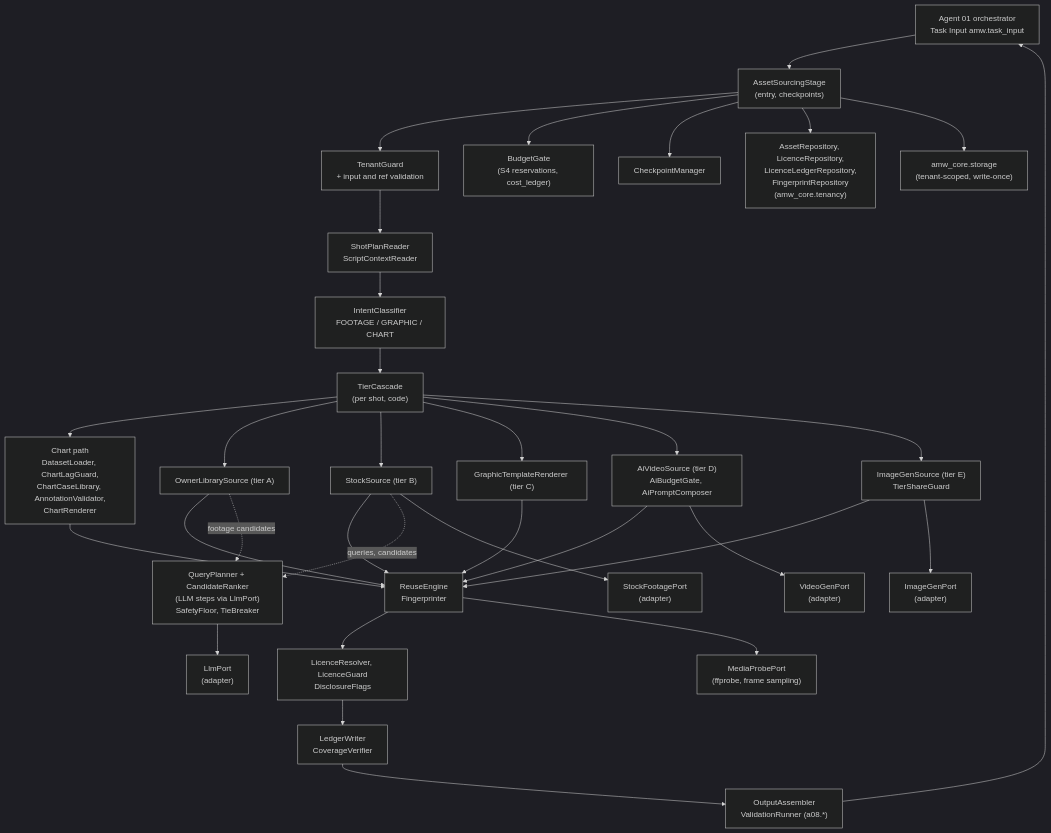
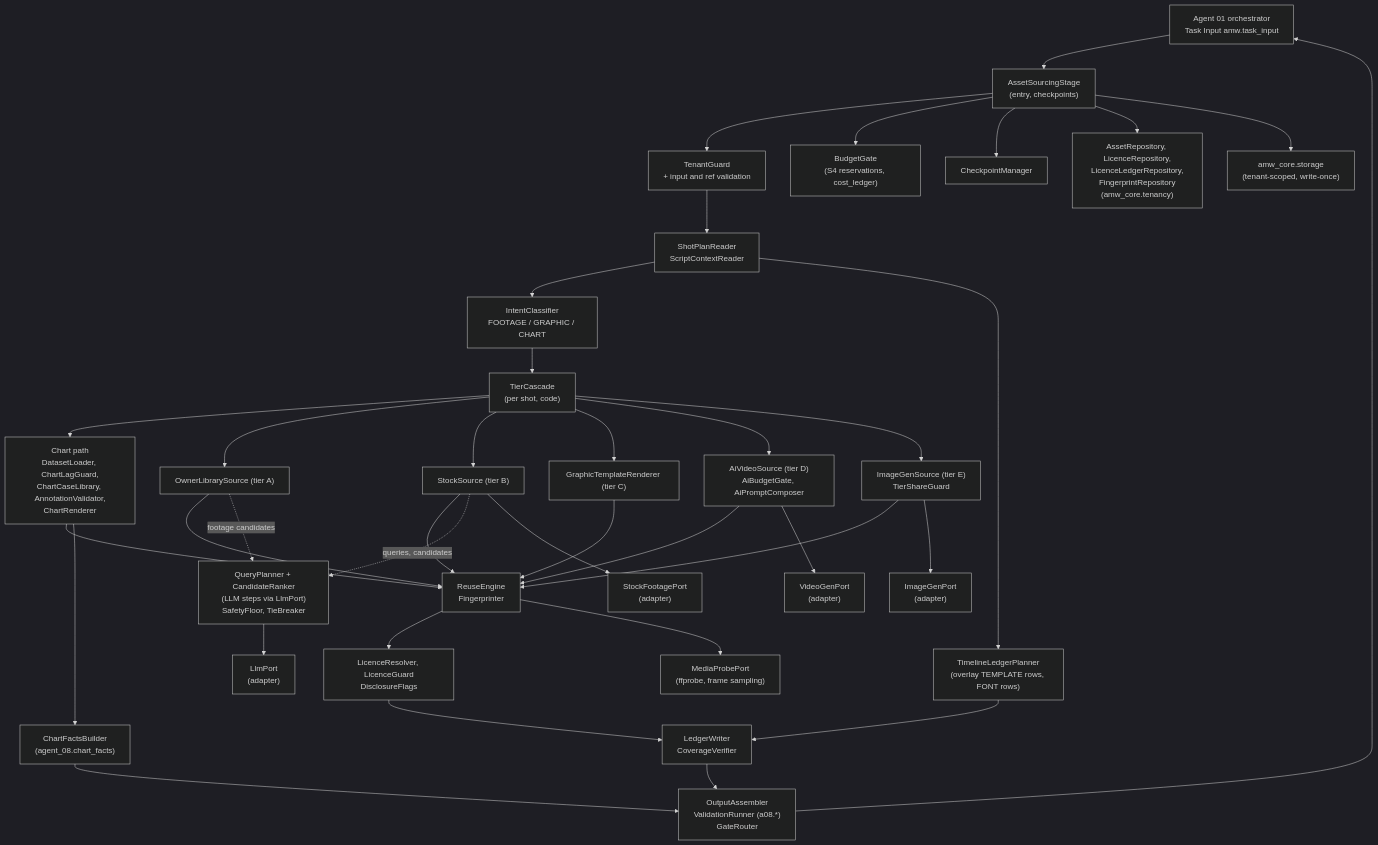
One commit to abhiwasu007-a11y/Media changed the first of 3 diagrams in docs/v4/agents/agent_08_visual_assets.md. Above: the diagram before and after it, drawn with Mermaid (dark theme). The commit also changed other lines of this file, not shown here.

First line of the commit message:
docs(v4): agent_08 blueprint sections 1-8 aligned with merged contracts

````diff
--- a/docs/v4/agents/agent_08_visual_assets.md
+++ b/docs/v4/agents/agent_08_visual_assets.md
@@ -136,41 +138,45 @@
 ```mermaid
 flowchart TD
     ORCH["Agent 01 orchestrator<br/>Task Input amw.task_input"] --> STG["AssetSourcingStage<br/>(entry, checkpoints)"]
     STG --> TGD["TenantGuard<br/>+ input and ref validation"]
     TGD --> RD["ShotPlanReader<br/>ScriptContextReader"]
     RD --> IC["IntentClassifier<br/>FOOTAGE / GRAPHIC / CHART"]
     IC --> CASC["TierCascade<br/>(per shot, code)"]
 
     CASC --> CHP["Chart path<br/>DatasetLoader, ChartLagGuard,<br/>ChartCaseLibrary, AnnotationValidator,<br/>ChartRenderer"]
     CASC --> OWN["OwnerLibrarySource (tier A)"]
     CASC --> STK["StockSource (tier B)"]
     CASC --> GFX["GraphicTemplateRenderer (tier C)"]
     CASC --> AIV["AiVideoSource (tier D)<br/>AiBudgetGate, AiPromptComposer"]
     CASC --> AIS["ImageGenSource (tier E)<br/>TierShareGuard"]
 
     OWN --> RE["ReuseEngine<br/>Fingerprinter"]
     STK --> RE
     GFX --> RE
     CHP --> RE
     AIV --> RE
     AIS --> RE
 
     OWN -. "footage candidates" .-> LLM["QueryPlanner + CandidateRanker<br/>(LLM steps via LlmPort)<br/>SafetyFloor, TieBreaker"]
     STK -. "queries, candidates" .-> LLM
 
     RE --> LIC["LicenceResolver, LicenceGuard<br/>DisclosureFlags"]
+    CHP --> CF["ChartFactsBuilder<br/>(agent_08.chart_facts)"]
+    RD --> TLP["TimelineLedgerPlanner<br/>(overlay TEMPLATE rows, FONT rows)"]
     LIC --> LED["LedgerWriter<br/>CoverageVerifier"]
-    LED --> OUT["OutputAssembler<br/>ValidationRunner (a08.*)"]
+    TLP --> LED
+    LED --> OUT["OutputAssembler<br/>ValidationRunner (a08.*)<br/>GateRouter"]
+    CF --> OUT
     OUT --> ORCH
 
     STK --> SPA["StockFootagePort<br/>(adapter)"]
     AIV --> VGP["VideoGenPort<br/>(adapter)"]
     AIS --> IGP["ImageGenPort<br/>(adapter)"]
     LLM --> LLP["LlmPort<br/>(adapter)"]
     RE --> MPP["MediaProbePort<br/>(ffprobe, frame sampling)"]
 
     STG --> BUD["BudgetGate<br/>(S4 reservations, cost_ledger)"]
     STG --> CKP["CheckpointManager"]
     STG --> REPO["AssetRepository, LicenceRepository,<br/>LicenceLedgerRepository,<br/>FingerprintRepository<br/>(amw_core.tenancy)"]
     STG --> STO["amw_core.storage<br/>(tenant-scoped, write-once)"]
 ```
````
